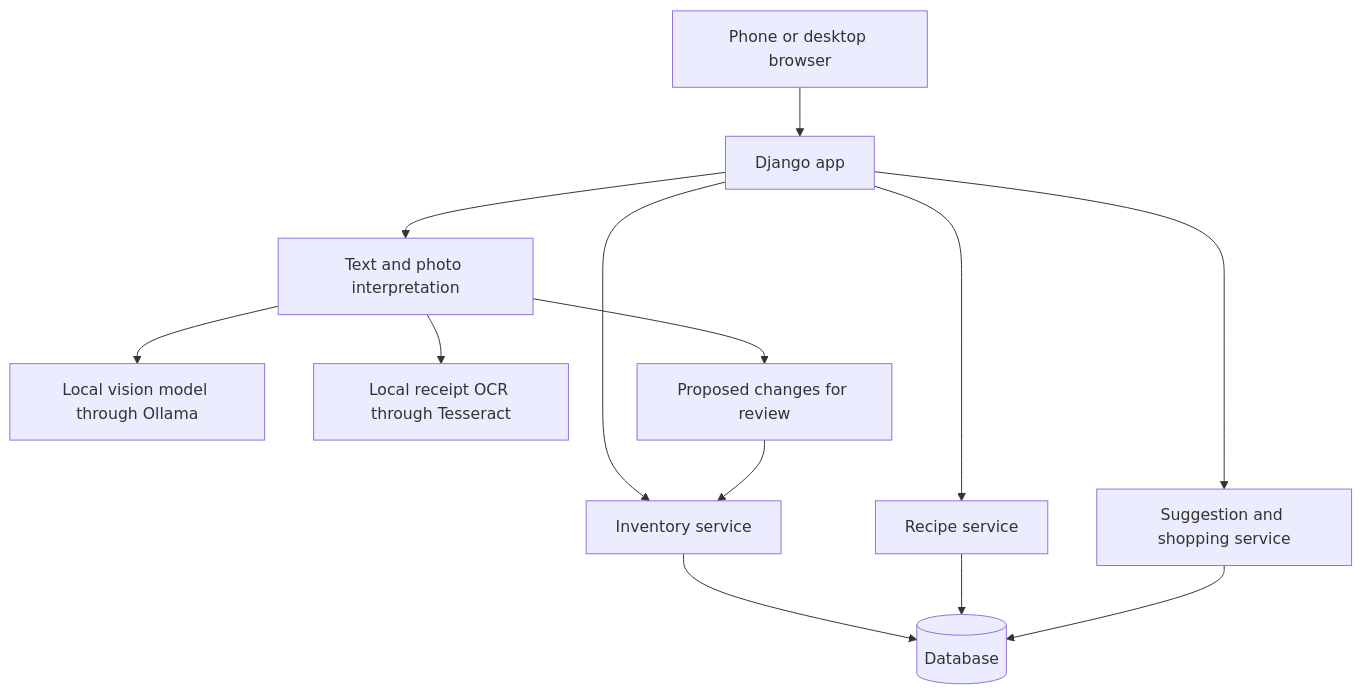
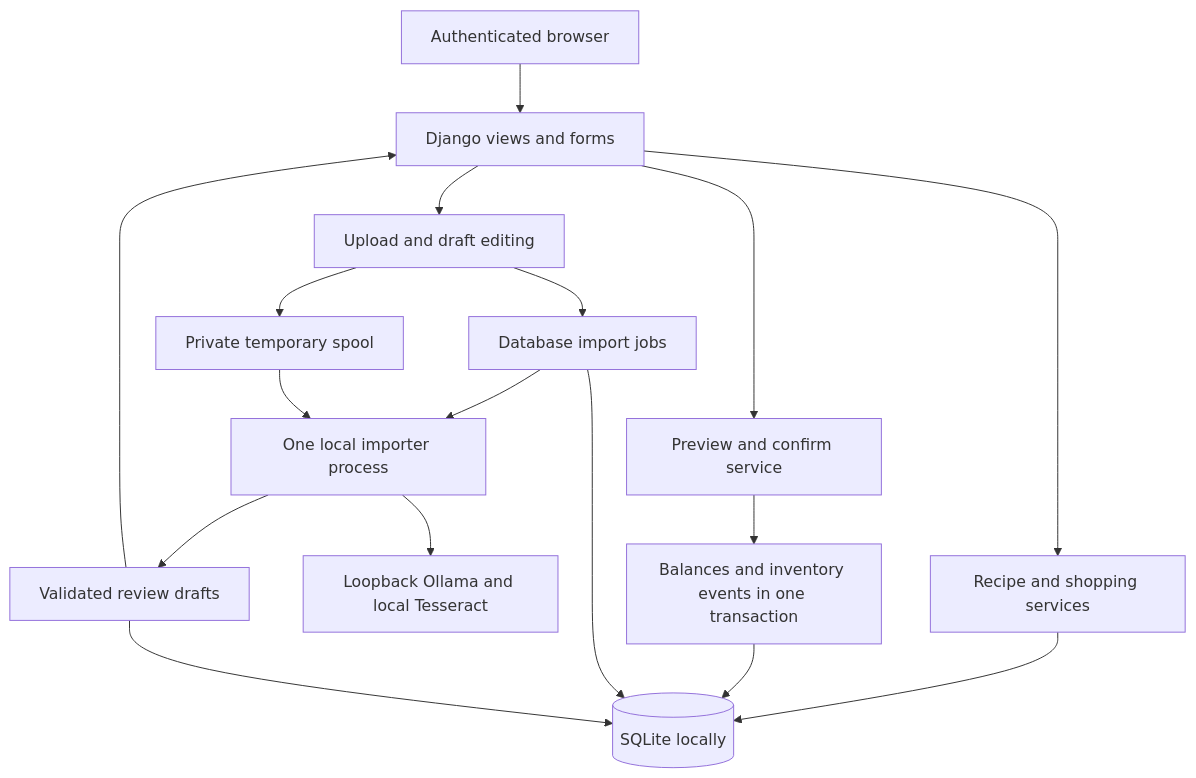
Before and after one commit to michael-wang0605/kitcher: the diagram in docs/architecture.md, drawn with Mermaid. The commit also changed other lines of this file and 19 other files, not shown here.

````diff
--- a/docs/architecture.md
+++ b/docs/architecture.md
@@ -30,15 +83,19 @@
 ```mermaid
 flowchart TD
-    Browser[Phone or desktop browser] --> App[Django app]
-    App --> Pantry[Inventory service]
-    App --> Recipes[Recipe service]
-    App --> Shopping[Suggestion and shopping service]
-    App --> Import[Text and photo interpretation]
-    Import --> Vision[Local vision model through Ollama]
-    Import --> OCR[Local receipt OCR through Tesseract]
-    Import --> Review[Proposed changes for review]
-    Review --> Pantry
-    Pantry --> DB[(Database)]
-    Recipes --> DB
-    Shopping --> DB
+    B[Authenticated browser] --> V[Django views and forms]
+    V --> R[Recipe and shopping services]
+    V --> P[Preview and confirm service]
+    V --> U[Upload and draft editing]
+    U --> F[Private temporary spool]
+    U --> J[Database import jobs]
+    J --> W[One local importer process]
+    F --> W
+    W --> O[Loopback Ollama and local Tesseract]
+    W --> D[Validated review drafts]
+    D --> V
+    P --> E[Balances and inventory events in one transaction]
+    R --> DB[(SQLite locally)]
+    E --> DB
+    J --> DB
+    D --> DB
 ```
````
